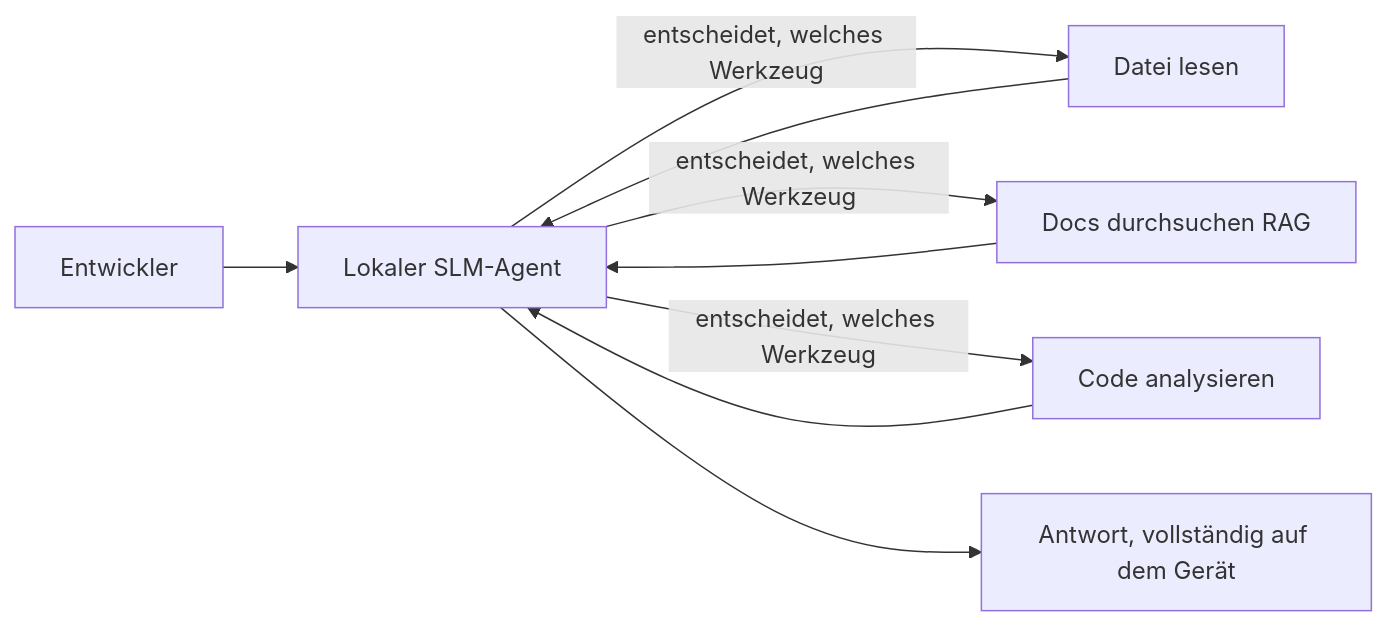
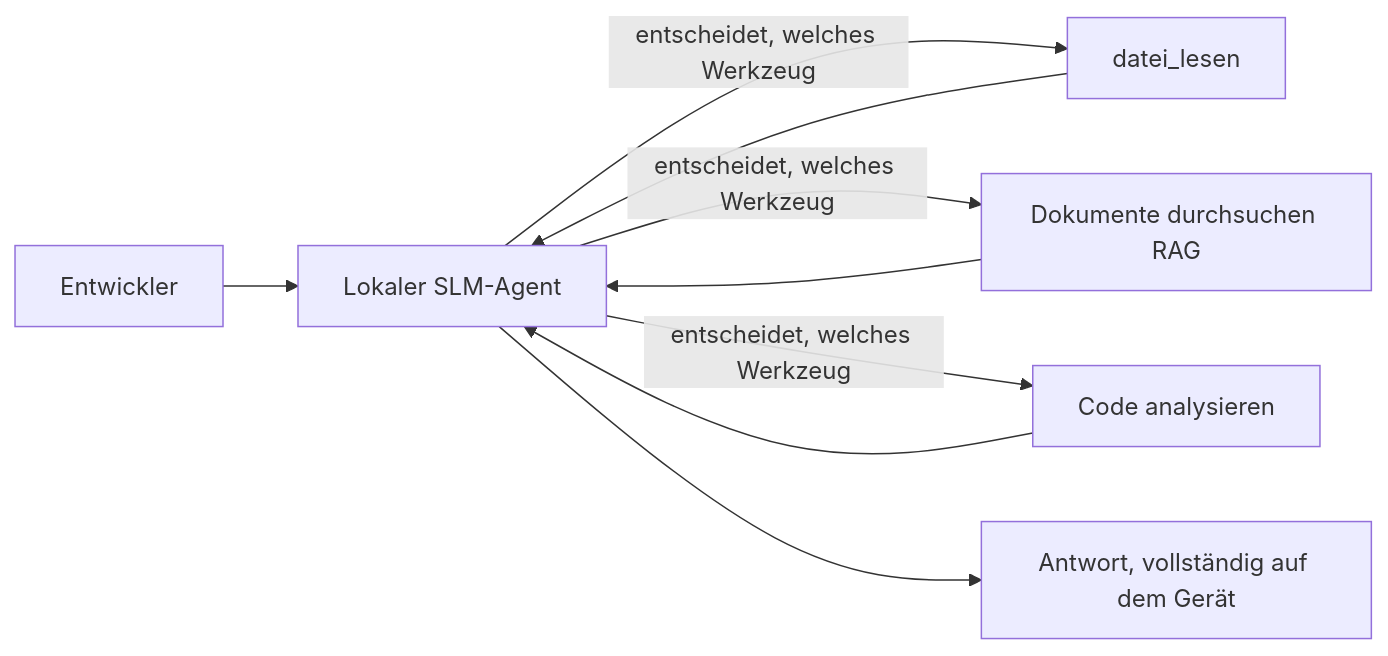
The first of 4 diagrams in mirrors/repos/microsoft@ai-agents-for-beginners/translations/de/17-creating-local-ai-agents/README.md (gabrielmoreira/agent-skills-mirror), drawn with Mermaid before and after one commit. The commit also changed other lines of this file and 4262 other files, not shown here.

````diff
--- a/mirrors/repos/microsoft@ai-agents-for-beginners/translations/de/17-creating-local-ai-agents/README.md
+++ b/mirrors/repos/microsoft@ai-agents-for-beginners/translations/de/17-creating-local-ai-agents/README.md
@@ -66,11 +66,11 @@
 ```mermaid
 flowchart LR
     U[Entwickler] --> A[Lokaler SLM-Agent]
-    A -->|entscheidet, welches Werkzeug| T1[Datei lesen]
-    A -->|entscheidet, welches Werkzeug| T2[Docs durchsuchen RAG]
+    A -->|entscheidet, welches Werkzeug| T1[datei_lesen]
+    A -->|entscheidet, welches Werkzeug| T2[Dokumente durchsuchen RAG]
     A -->|entscheidet, welches Werkzeug| T3[Code analysieren]
     T1 --> A
     T2 --> A
     T3 --> A
     A --> R[Antwort, vollständig auf dem Gerät]
 ```
````
